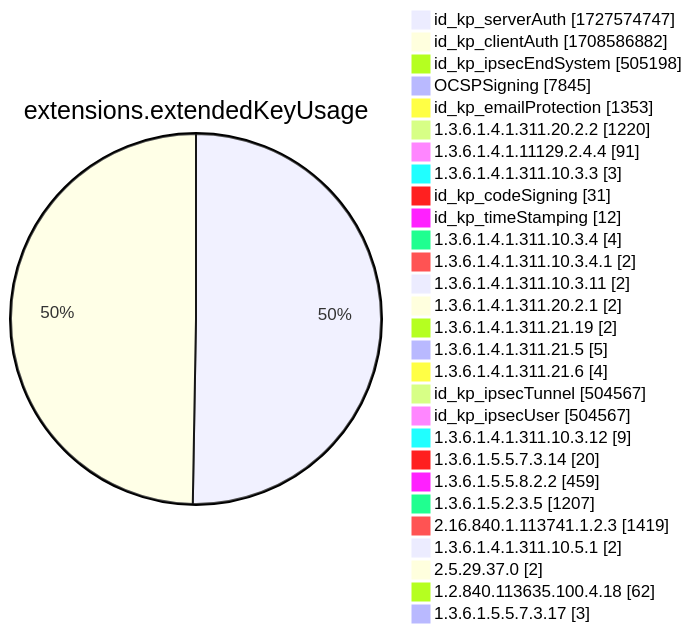
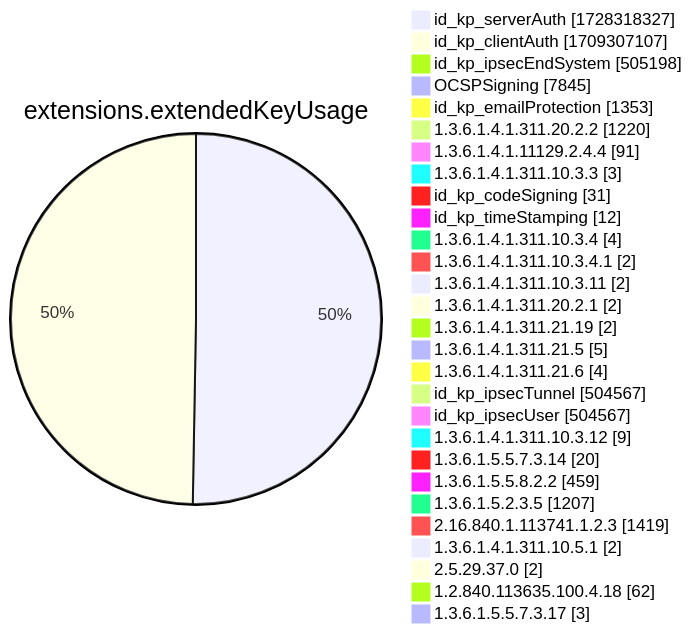
Before and after one commit to christiankrug/ctmonitor_visualization: diagram 12 of 15 in xenon2022/README.md, drawn with Mermaid. The commit also changed other lines of this file, not shown here.

````diff
--- a/xenon2022/README.md
+++ b/xenon2022/README.md
@@ -3889,32 +3889,32 @@
 ```mermaid
 pie showData
 title extensions.extendedKeyUsage
-"id_kp_serverAuth" :1727574747
-"id_kp_clientAuth" :1708586882
+"id_kp_serverAuth" :1728318327
+"id_kp_clientAuth" :1709307107
 "id_kp_ipsecEndSystem" :505198
 "OCSPSigning" :7845
 "id_kp_emailProtection" :1353
 "1.3.6.1.4.1.311.20.2.2" :1220
 "1.3.6.1.4.1.11129.2.4.4" :91
 "1.3.6.1.4.1.311.10.3.3" :3
 "id_kp_codeSigning" :31
 "id_kp_timeStamping" :12
 "1.3.6.1.4.1.311.10.3.4" :4
 "1.3.6.1.4.1.311.10.3.4.1" :2
 "1.3.6.1.4.1.311.10.3.11" :2
 "1.3.6.1.4.1.311.20.2.1" :2
 "1.3.6.1.4.1.311.21.19" :2
 "1.3.6.1.4.1.311.21.5" :5
 "1.3.6.1.4.1.311.21.6" :4
 "id_kp_ipsecTunnel" :504567
 "id_kp_ipsecUser" :504567
 "1.3.6.1.4.1.311.10.3.12" :9
 "1.3.6.1.5.5.7.3.14" :20
 "1.3.6.1.5.5.8.2.2" :459
 "1.3.6.1.5.2.3.5" :1207
 "2.16.840.1.113741.1.2.3" :1419
 "1.3.6.1.4.1.311.10.5.1" :2
 "2.5.29.37.0" :2
 "1.2.840.113635.100.4.18" :62
 "1.3.6.1.5.5.7.3.17" :3
 ```
````
